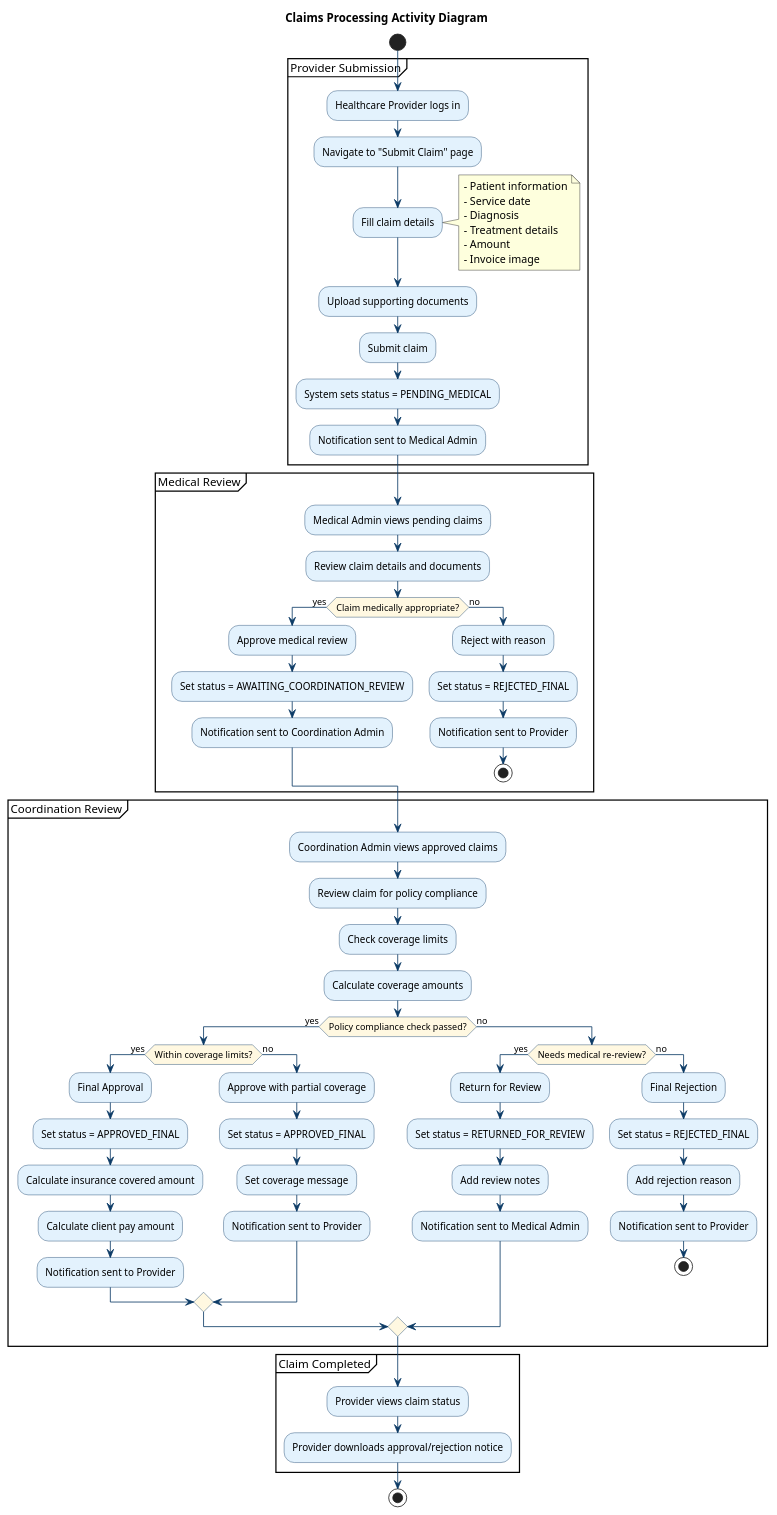
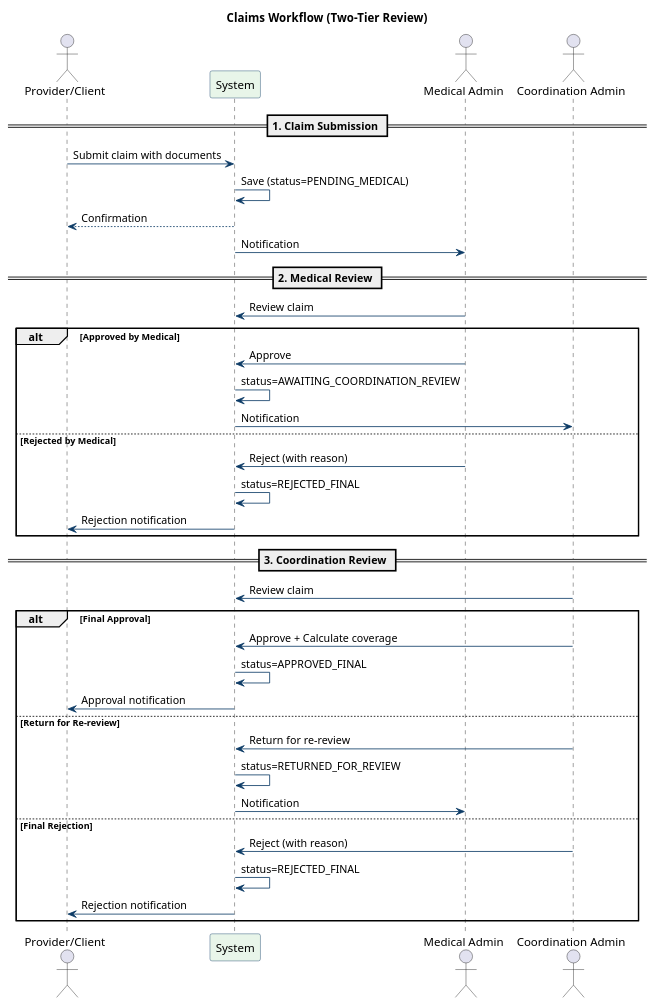
The fourth of 20 diagrams in PlantUML_Diagrams.md (1210395/InsuranceSystemFrontEnd), drawn with PlantUML before and after one commit. The commit also changed other lines of this file and 32 other files, not shown here.

````diff
--- a/PlantUML_Diagrams.md
+++ b/PlantUML_Diagrams.md
@@ -1183,92 +643,53 @@
 ```plantuml
-@startuml Activity_Claims_Processing
-skinparam activity {
-    BackgroundColor #E3F2FD
-    BorderColor #0D3B66
+@startuml Sequence_Claims_Workflow
+skinparam sequence {
+    ParticipantBackgroundColor #E8F5E9
+    ParticipantBorderColor #0D3B66
     ArrowColor #0D3B66
-    DiamondBackgroundColor #FFF8E1
 }
 
-title Claims Processing Activity Diagram
+title Claims Workflow (Two-Tier Review)
 
-start
+actor "Provider/Client" as User
+participant "System" as System
+actor "Medical Admin" as MedAdmin
+actor "Coordination Admin" as CoordAdmin
 
-partition "Provider Submission" {
-    :Healthcare Provider logs in;
-    :Navigate to "Submit Claim" page;
-    :Fill claim details;
-    note right
-        - Patient information
-        - Service date
-        - Diagnosis
-        - Treatment details
-        - Amount
-        - Invoice image
-    end note
-    :Upload supporting documents;
-    :Submit claim;
-    :System sets status = PENDING_MEDICAL;
-    :Notification sent to Medical Admin;
-}
+== 1. Claim Submission ==
+User -> System : Submit claim with documents
+System -> System : Save (status=PENDING_MEDICAL)
+System --> User : Confirmation
+System -> MedAdmin : Notification
 
-partition "Medical Review" {
-    :Medical Admin views pending claims;
-    :Review claim details and documents;
+== 2. Medical Review ==
+MedAdmin -> System : Review claim
 
-    if (Claim medically appropriate?) then (yes)
-        :Approve medical review;
-        :Set status = AWAITING_COORDINATION_REVIEW;
-        :Notification sent to Coordination Admin;
-    else (no)
-        :Reject with reason;
-        :Set status = REJECTED_FINAL;
-        :Notification sent to Provider;
-        stop
-    endif
-}
+alt Approved by Medical
+    MedAdmin -> System : Approve
+    System -> System : status=AWAITING_COORDINATION_REVIEW
+    System -> CoordAdmin : Notification
+else Rejected by Medical
+    MedAdmin -> System : Reject (with reason)
+    System -> System : status=REJECTED_FINAL
+    System -> User : Rejection notification
+end
 
-partition "Coordination Review" {
-    :Coordination Admin views approved claims;
-    :Review claim for policy compliance;
-    :Check coverage limits;
-    :Calculate coverage amounts;
+== 3. Coordination Review ==
+CoordAdmin -> System : Review claim
 
-    if (Policy compliance check passed?) then (yes)
-        if (Within coverage limits?) then (yes)
-            :Final Approval;
-            :Set status = APPROVED_FINAL;
-            :Calculate insurance covered amount;
-            :Calculate client pay amount;
-            :Notification sent to Provider;
-        else (no)
-            :Approve with partial coverage;
-            :Set status = APPROVED_FINAL;
-            :Set coverage message;
-            :Notification sent to Provider;
-        endif
-    else (no)
-        if (Needs medical re-review?) then (yes)
-            :Return for Review;
-            :Set status = RETURNED_FOR_REVIEW;
-            :Add review notes;
-            :Notification sent to Medical Admin;
-            ' Go back to Medical Review
-        else (no)
-            :Final Rejection;
-            :Set status = REJECTED_FINAL;
-            :Add rejection reason;
-            :Notification sent to Provider;
-            stop
-        endif
-    endif
-}
-
-partition "Claim Completed" {
-    :Provider views claim status;
-    :Provider downloads approval/rejection notice;
-}
-
-stop
+alt Final Approval
+    CoordAdmin -> System : Approve + Calculate coverage
+    System -> System : status=APPROVED_FINAL
+    System -> User : Approval notification
+else Return for Re-review
+    CoordAdmin -> System : Return for re-review
+    System -> System : status=RETURNED_FOR_REVIEW
+    System -> MedAdmin : Notification
+else Final Rejection
+    CoordAdmin -> System : Reject (with reason)
+    System -> System : status=REJECTED_FINAL
+    System -> User : Rejection notification
+end
 
 @enduml
 ```
````
